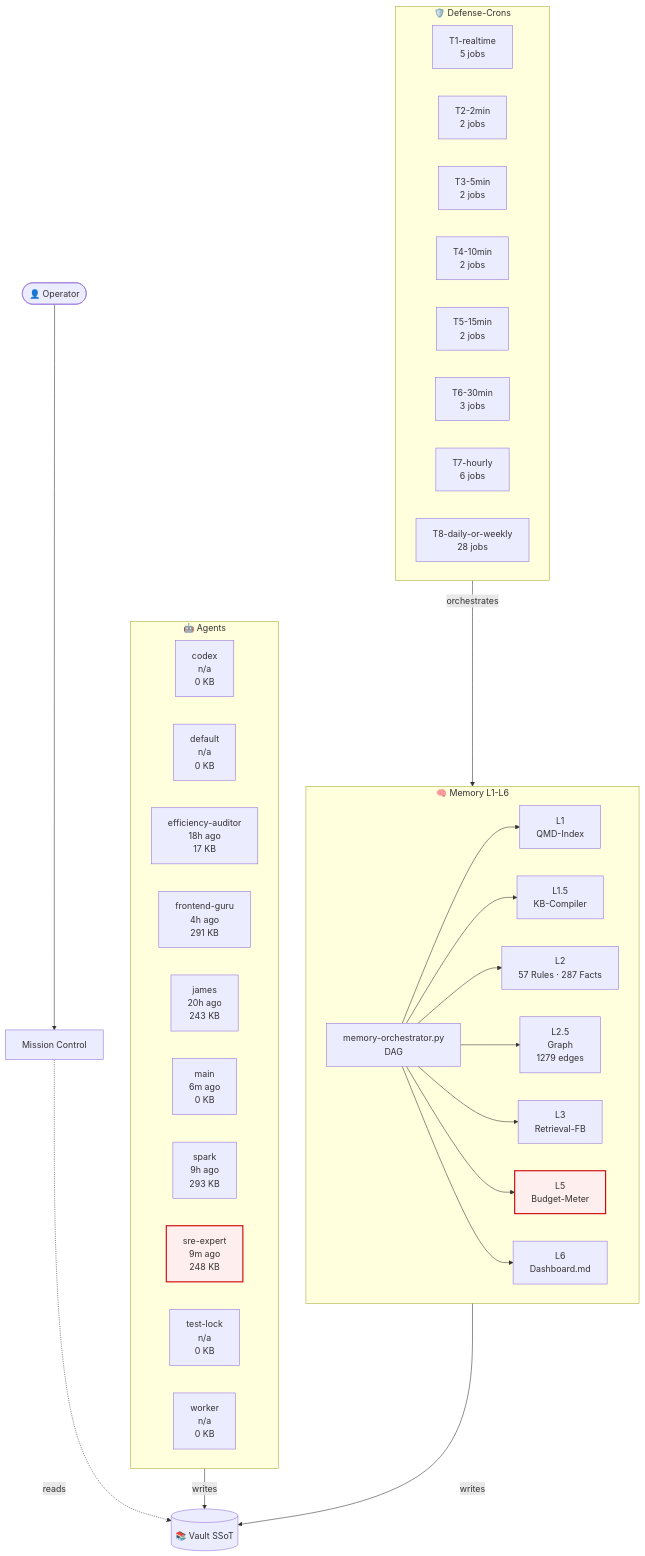
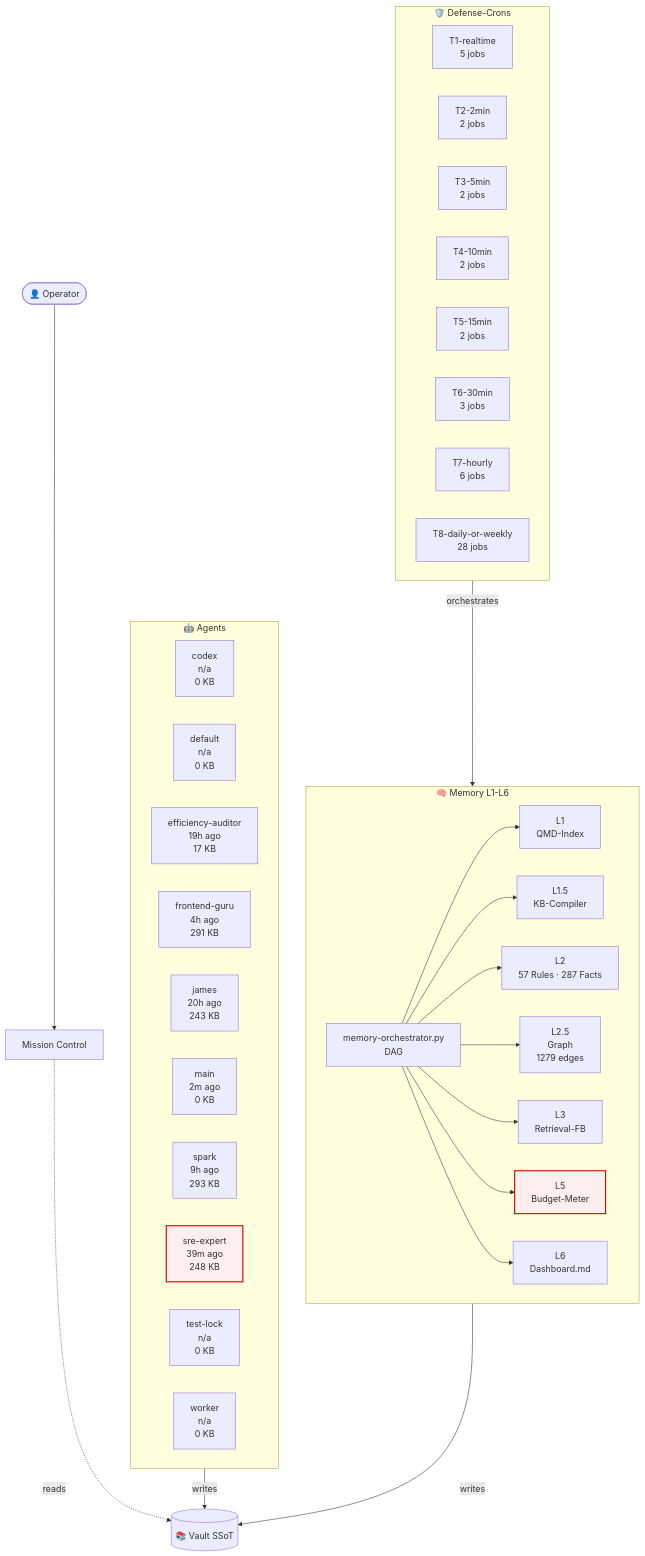
One commit to lenardhuebner88-rgb/openclaw-memory changed the diagram in 03-Agents/architecture-live.md. Above: the diagram before and after it, drawn with Mermaid. The commit also changed other lines of this file and 14 other files, not shown here.

````diff
--- a/03-Agents/architecture-live.md
+++ b/03-Agents/architecture-live.md
@@ -18,53 +18,53 @@
 ```mermaid
 flowchart TB
     classDef critical fill:#fee,stroke:#c00,stroke-width:2px;
     subgraph AGT["🤖 Agents"]
         agent_codex["codex<br/>n/a<br/>0 KB"]
         agent_default["default<br/>n/a<br/>0 KB"]
-        agent_efficiency_auditor["efficiency-auditor<br/>18h ago<br/>17 KB"]
+        agent_efficiency_auditor["efficiency-auditor<br/>19h ago<br/>17 KB"]
         agent_frontend_guru["frontend-guru<br/>4h ago<br/>291 KB"]
         agent_james["james<br/>20h ago<br/>243 KB"]
-        agent_main["main<br/>6m ago<br/>0 KB"]
+        agent_main["main<br/>2m ago<br/>0 KB"]
         agent_spark["spark<br/>9h ago<br/>293 KB"]
-        agent_sre_expert["sre-expert<br/>9m ago<br/>248 KB"]
+        agent_sre_expert["sre-expert<br/>39m ago<br/>248 KB"]
         agent_test_lock["test-lock<br/>n/a<br/>0 KB"]
         agent_worker["worker<br/>n/a<br/>0 KB"]
     end
     subgraph MEM["🧠 Memory L1-L6"]
         L1["L1<br/>QMD-Index"]
         L15["L1.5<br/>KB-Compiler"]
         L2["L2<br/>57 Rules · 287 Facts"]
         L25["L2.5<br/>Graph<br/>1279 edges"]
         L3["L3<br/>Retrieval-FB"]
         L5["L5<br/>Budget-Meter"]
         L6["L6<br/>Dashboard.md"]
         ORCH["memory-orchestrator.py<br/>DAG"]
     end
     subgraph CRN["🛡️ Defense-Crons"]
         tier_T1_realtime["T1-realtime<br/>5 jobs"]
         tier_T2_2min["T2-2min<br/>2 jobs"]
         tier_T3_5min["T3-5min<br/>2 jobs"]
         tier_T4_10min["T4-10min<br/>2 jobs"]
         tier_T5_15min["T5-15min<br/>2 jobs"]
         tier_T6_30min["T6-30min<br/>3 jobs"]
         tier_T7_hourly["T7-hourly<br/>6 jobs"]
         tier_T8_daily_or_weekly["T8-daily-or-weekly<br/>28 jobs"]
     end
     VAULT[("📚 Vault SSoT")]
     OP([👤 Operator])
     MC["Mission Control"]
     OP --> MC
     MC -.reads.-> VAULT
     AGT -->|writes| VAULT
     MEM -->|writes| VAULT
     ORCH --> L1
     ORCH --> L15
     ORCH --> L2
     ORCH --> L25
     ORCH --> L3
     ORCH --> L5
     ORCH --> L6
     CRN -->|orchestrates| MEM
     class L5 critical
     class agent_sre_expert critical
 ```
````
